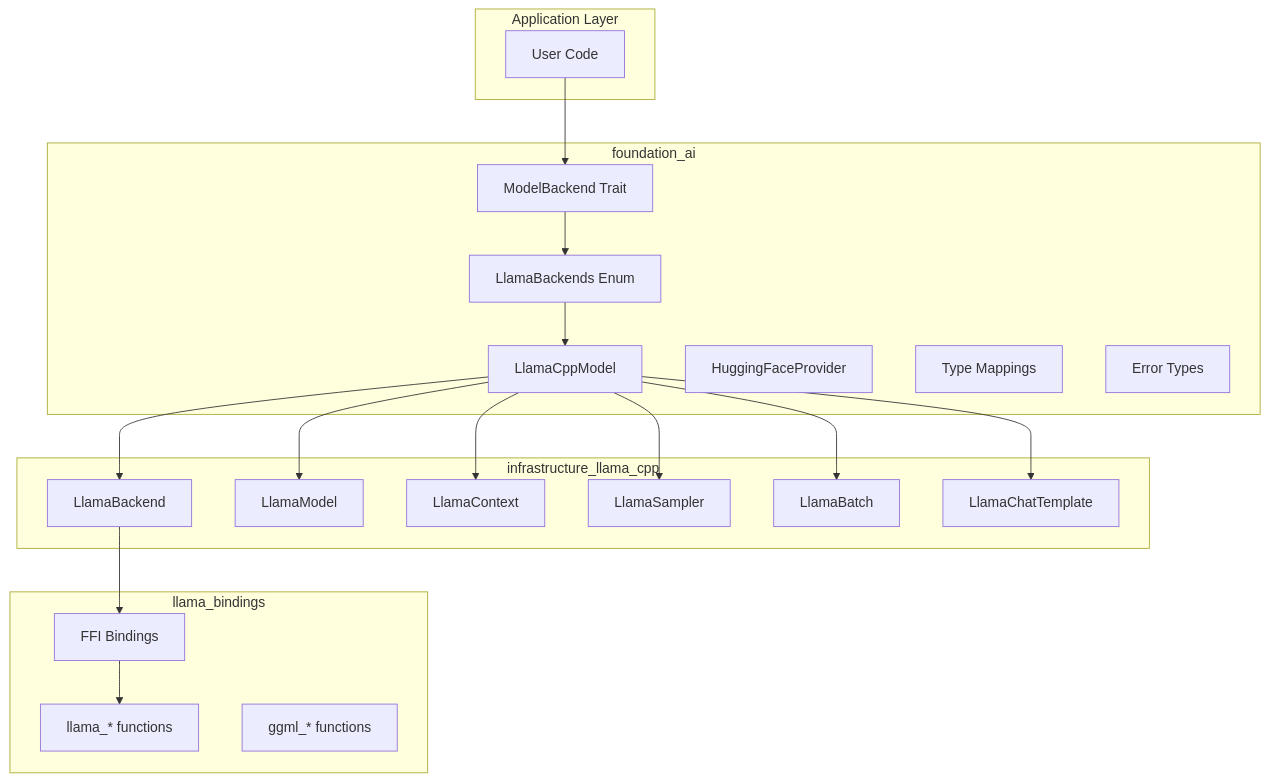
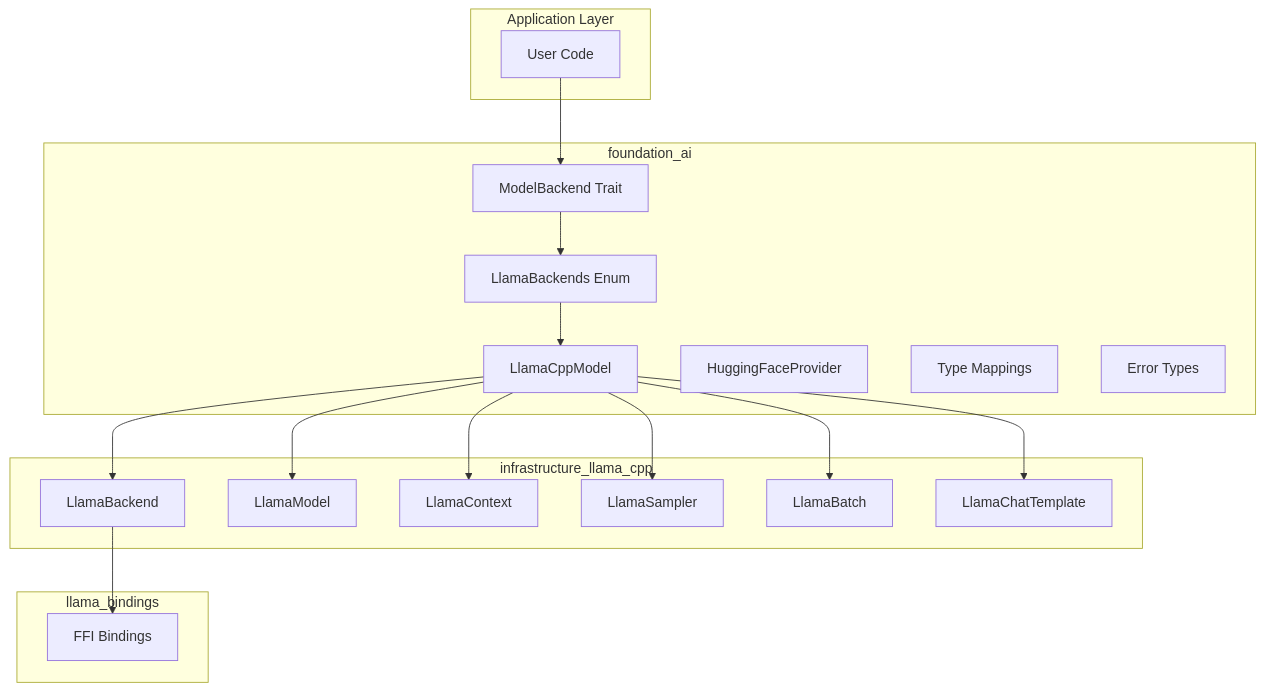
The first of 2 diagrams in specifications/07-foundation-ai/requirements.md (ewe-studios/ewe_platform), drawn with Mermaid before and after one commit. The commit also changed other lines of this file and 11 other files, not shown here.

````diff
--- a/specifications/07-foundation-ai/requirements.md
+++ b/specifications/07-foundation-ai/requirements.md
@@ -90,42 +82,39 @@
 ```mermaid
 graph TD
     subgraph Application["Application Layer"]
         A[User Code]
     end
 
     subgraph FoundationAI["foundation_ai"]
         B[ModelBackend Trait]
         C[LlamaBackends Enum]
         D[LlamaCppModel]
         E[HuggingFaceProvider]
         F[Type Mappings]
         G[Error Types]
     end
 
     subgraph InfrastructureLL["infrastructure_llama_cpp"]
         H[LlamaBackend]
         I[LlamaModel]
         J[LlamaContext]
         K[LlamaSampler]
         L[LlamaBatch]
         M[LlamaChatTemplate]
     end
 
     subgraph Bindings["llama_bindings"]
         N[FFI Bindings]
-        O[llama_* functions]
-        P[ggml_* functions]
     end
 
     A --> B
     B --> C
     C --> D
     D --> H
-    H --> N
-    N --> O
     D --> I
     D --> J
     D --> K
     D --> L
     D --> M
+    H --> N
 ```
````
